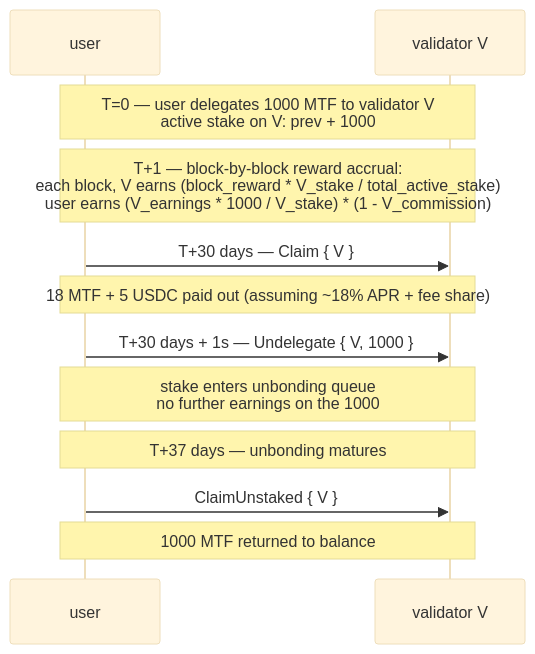
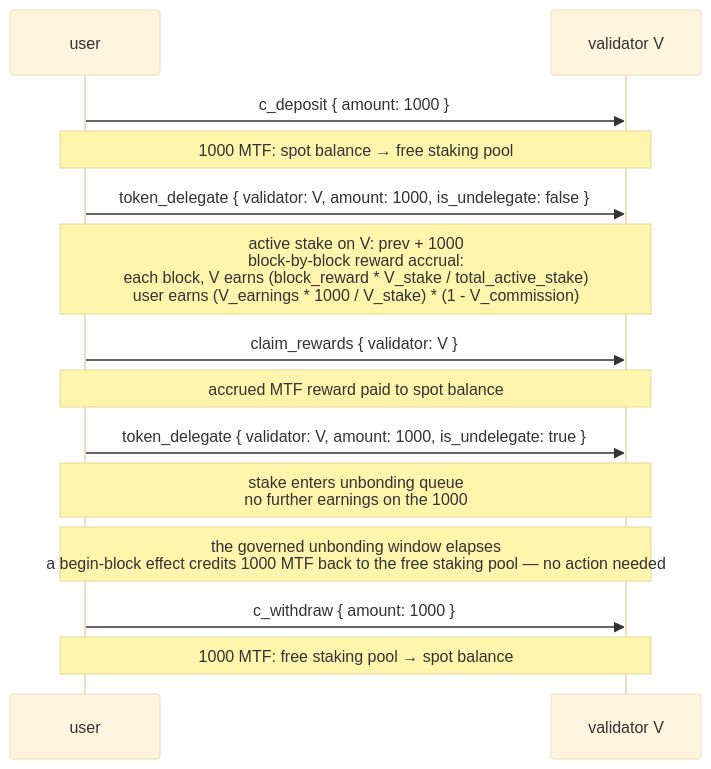
The second of 2 diagrams in docs/concepts/staking.md (mtf-exchange/metaflux-knowledges), drawn with Mermaid (base theme) before and after one commit. The commit also changed other lines of this file and 31 other files, not shown here.

````diff
--- a/docs/concepts/staking.md
+++ b/docs/concepts/staking.md
@@ -231,14 +251,16 @@
 ```mermaid
 sequenceDiagram
     participant U as user
     participant V as validator V
-    Note over U,V: T=0 — user delegates 1000 MTF to validator V<br/>active stake on V: prev + 1000
-    Note over U,V: T+1 — block-by-block reward accrual:<br/>each block, V earns (block_reward * V_stake / total_active_stake)<br/>user earns (V_earnings * 1000 / V_stake) * (1 - V_commission)
-    U->>V: T+30 days — Claim { V }
-    Note over U,V: 18 MTF + 5 USDC paid out (assuming ~18% APR + fee share)
-    U->>V: T+30 days + 1s — Undelegate { V, 1000 }
+    U->>V: c_deposit { amount: 1000 }
+    Note over U,V: 1000 MTF: spot balance → free staking pool
+    U->>V: token_delegate { validator: V, amount: 1000, is_undelegate: false }
+    Note over U,V: active stake on V: prev + 1000<br/>block-by-block reward accrual:<br/>each block, V earns (block_reward * V_stake / total_active_stake)<br/>user earns (V_earnings * 1000 / V_stake) * (1 - V_commission)
+    U->>V: claim_rewards { validator: V }
+    Note over U,V: accrued MTF reward paid to spot balance
+    U->>V: token_delegate { validator: V, amount: 1000, is_undelegate: true }
     Note over U,V: stake enters unbonding queue<br/>no further earnings on the 1000
-    Note over U,V: T+37 days — unbonding matures
-    U->>V: ClaimUnstaked { V }
-    Note over U,V: 1000 MTF returned to balance
+    Note over U,V: the governed unbonding window elapses<br/>a begin-block effect credits 1000 MTF back to the free staking pool — no action needed
+    U->>V: c_withdraw { amount: 1000 }
+    Note over U,V: 1000 MTF: free staking pool → spot balance
 ```
````
